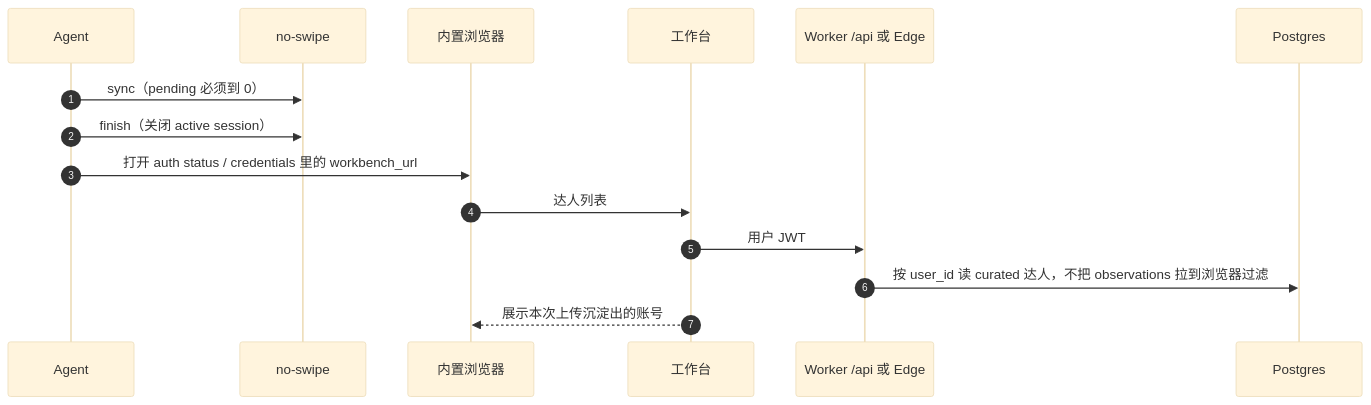
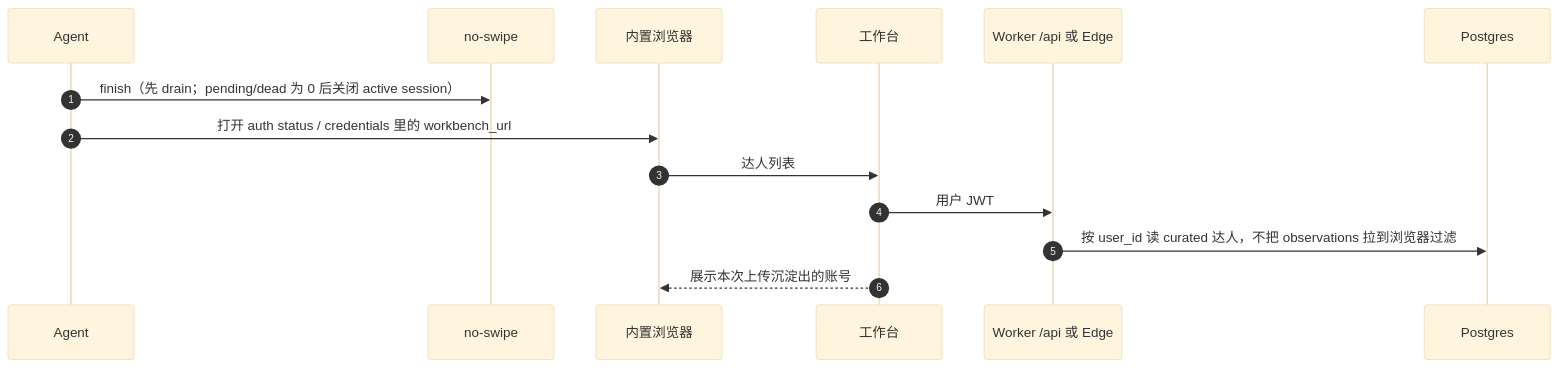
Before and after one commit to OfWind/no_swipe: diagram 14 of 18 in docs/no-swipe-interaction-flows.md, drawn with Mermaid (base theme). The commit also changed other lines of this file and 43 other files, not shown here.

````diff
--- a/docs/no-swipe-interaction-flows.md
+++ b/docs/no-swipe-interaction-flows.md
@@ -485,18 +502,17 @@
 ```mermaid
 sequenceDiagram
   autonumber
   participant Agent as Agent
   participant CLI as no-swipe
   participant Br as 内置浏览器
   participant WB as 工作台
   participant API as Worker /api 或 Edge
   participant PG as Postgres
 
-  Agent->>CLI: sync（pending 必须到 0）
-  Agent->>CLI: finish（关闭 active session）
+  Agent->>CLI: finish（先 drain；pending/dead 为 0 后关闭 active session）
   Agent->>Br: 打开 auth status / credentials 里的 workbench_url
   Br->>WB: 达人列表
   WB->>API: 用户 JWT
   API->>PG: 按 user_id 读 curated 达人，不把 observations 拉到浏览器过滤
   WB-->>Br: 展示本次上传沉淀出的账号
 ```
````
